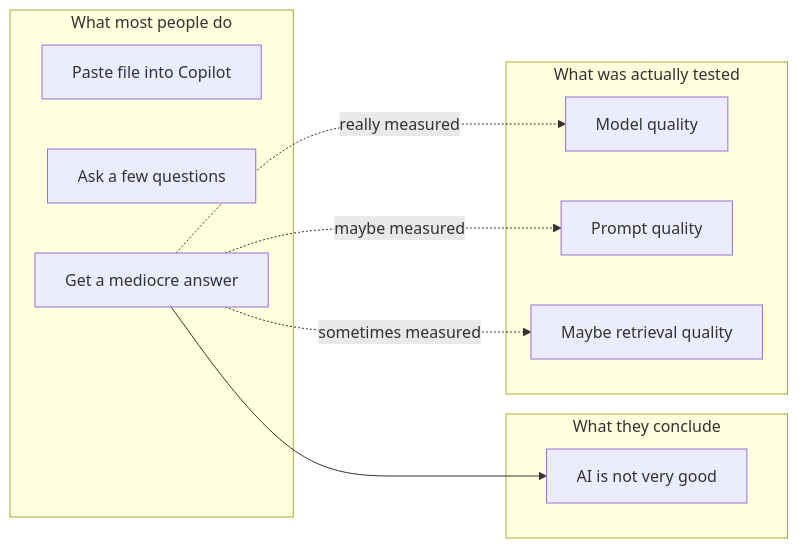
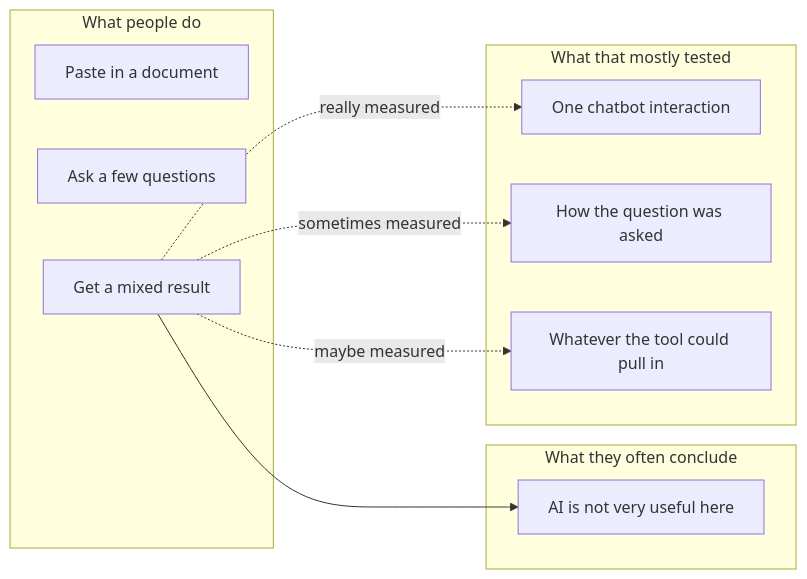
One commit to dbmcco/dbmcco.github.io changed the first of 4 diagrams in _drafts/the-chatbot-is-not-the-product.md. Above: the diagram before and after it, drawn with Mermaid. The commit also changed other lines of this file, not shown here.

Commit message:
refine: sharpen capability examples and diagram layers

```diff
--- a/_drafts/the-chatbot-is-not-the-product.md
+++ b/_drafts/the-chatbot-is-not-the-product.md
@@ -334,23 +342,23 @@
   <div class="mermaid">
 flowchart LR
-  subgraph A["What most people do"]
-    A1["Paste file into Copilot"]
+  subgraph A["What people do"]
+    A1["Paste in a document"]
     A2["Ask a few questions"]
-    A3["Get a mediocre answer"]
+    A3["Get a mixed result"]
   end
 
-  subgraph B["What they conclude"]
-    B1["AI is not very good"]
+  subgraph B["What they often conclude"]
+    B1["AI is not very useful here"]
   end
 
-  subgraph C["What was actually tested"]
-    C1["Model quality"]
-    C2["Prompt quality"]
-    C3["Maybe retrieval quality"]
+  subgraph C["What that mostly tested"]
+    C1["One chatbot interaction"]
+    C2["How the question was asked"]
+    C3["Whatever the tool could pull in"]
   end
 
   A3 --> B1
   A3 -. really measured .-> C1
-  A3 -. maybe measured .-> C2
-  A3 -. sometimes measured .-> C3
+  A3 -. sometimes measured .-> C2
+  A3 -. maybe measured .-> C3
   </div>
```
